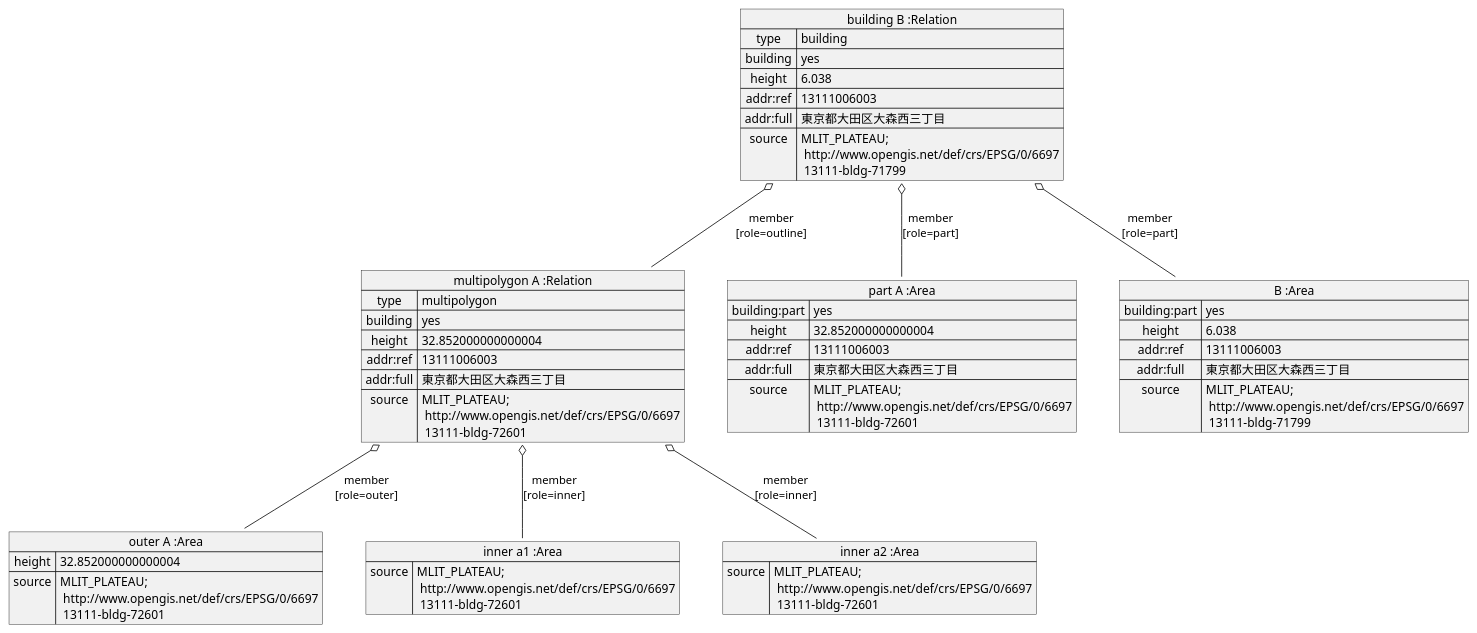
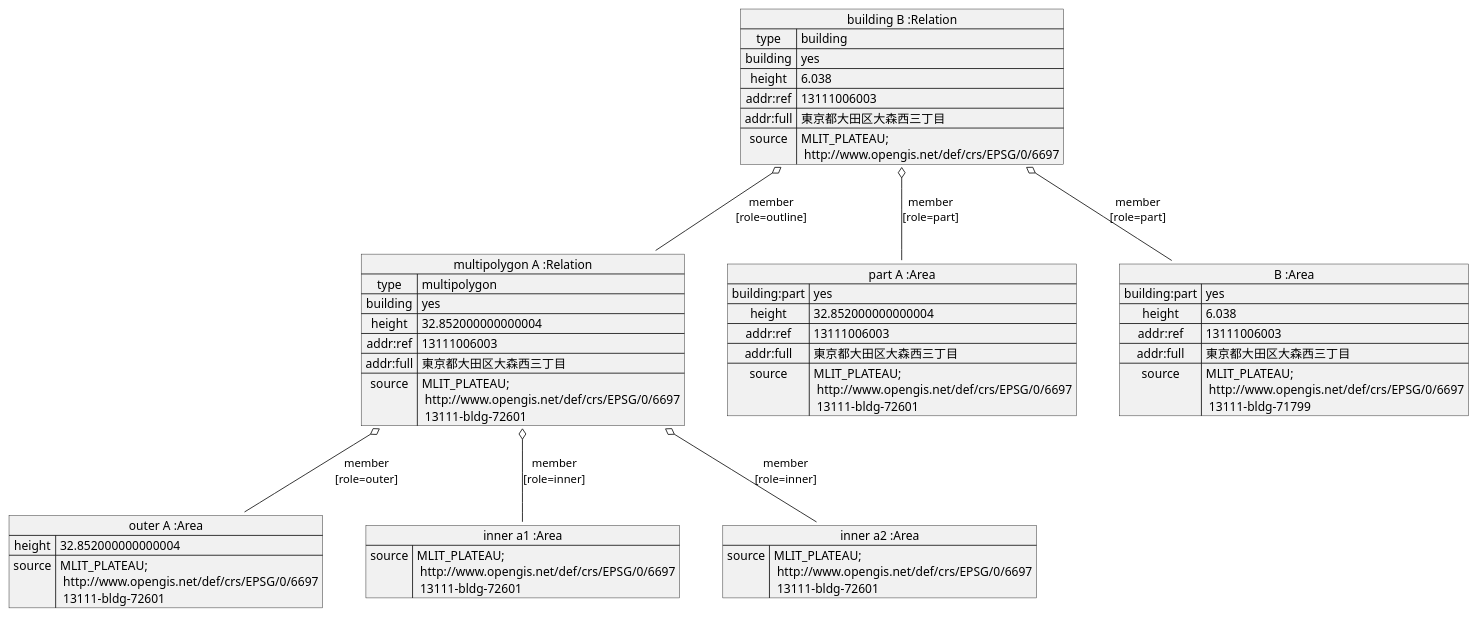
One commit to yuuhayashi/citygml-osm changed the diagram in doc/building/sample-d/osm3-RemoveSinglePart.pu. Above: the diagram before and after it, drawn with PlantUML. The commit also changed 8 other files, not shown here.

```diff
--- a/doc/building/sample-d/osm3-RemoveSinglePart.pu
+++ b/doc/building/sample-d/osm3-RemoveSinglePart.pu
@@ -1,57 +1,57 @@
 @startuml
 
 map "multipolygon A :Relation" as polygonA {
  type => multipolygon
  building => yes
  height => 32.852000000000004
  addr:ref => 13111006003
  addr:full => 東京都大田区大森西三丁目
  source => MLIT_PLATEAU;\n http://www.opengis.net/def/crs/EPSG/0/6697\n 13111-bldg-72601
 }
 
 map "part A :Area" as partA {
  building:part => yes
  height => 32.852000000000004
  addr:ref => 13111006003
  addr:full => 東京都大田区大森西三丁目
  source => MLIT_PLATEAU;\n http://www.opengis.net/def/crs/EPSG/0/6697\n 13111-bldg-72601
 }
 
 map "outer A :Area" as outerA {
  height => 32.852000000000004
  source => MLIT_PLATEAU;\n http://www.opengis.net/def/crs/EPSG/0/6697\n 13111-bldg-72601
 }
 
 map "inner a1 :Area" as a1 {
  source => MLIT_PLATEAU;\n http://www.opengis.net/def/crs/EPSG/0/6697\n 13111-bldg-72601
 }
 
 map "inner a2 :Area" as a2 {
  source => MLIT_PLATEAU;\n http://www.opengis.net/def/crs/EPSG/0/6697\n 13111-bldg-72601
 }
 
 
 map "building B :Relation" as buildingB {
  type => building
  building => yes
  height => 6.038
  addr:ref => 13111006003
  addr:full => 東京都大田区大森西三丁目
- source => MLIT_PLATEAU;\n http://www.opengis.net/def/crs/EPSG/0/6697\n 13111-bldg-71799
+ source => MLIT_PLATEAU;\n http://www.opengis.net/def/crs/EPSG/0/6697
 }
 
 map "B :Area" as partB {
  building:part => yes
  height => 6.038
  addr:ref => 13111006003
  addr:full => 東京都大田区大森西三丁目
  source => MLIT_PLATEAU;\n http://www.opengis.net/def/crs/EPSG/0/6697\n 13111-bldg-71799
 }
 
 buildingB o-- polygonA : member\n[role=outline]
 polygonA o-- outerA : member\n[role=outer]
 polygonA o-- a1 : member\n[role=inner]
 polygonA o-- a2 : member\n[role=inner]
 buildingB o-- partA : member\n[role=part]
 buildingB o-- partB : member\n[role=part]
 @enduml
```
